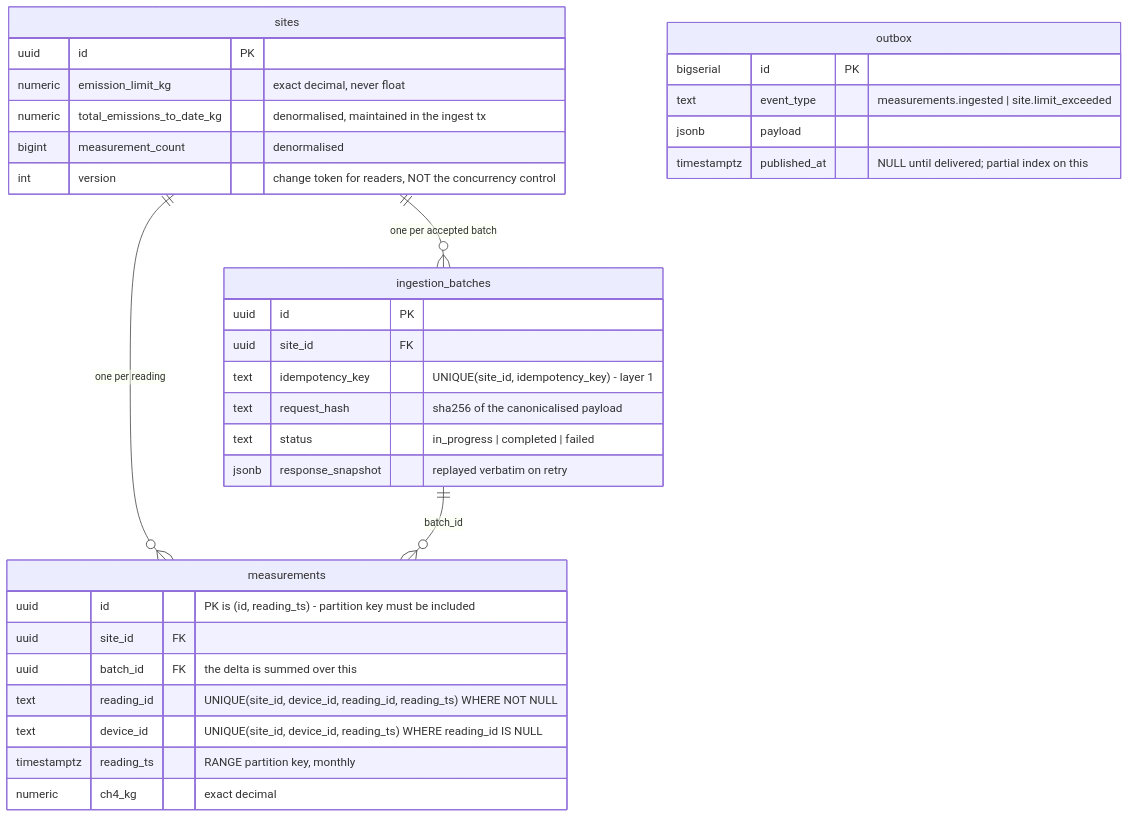
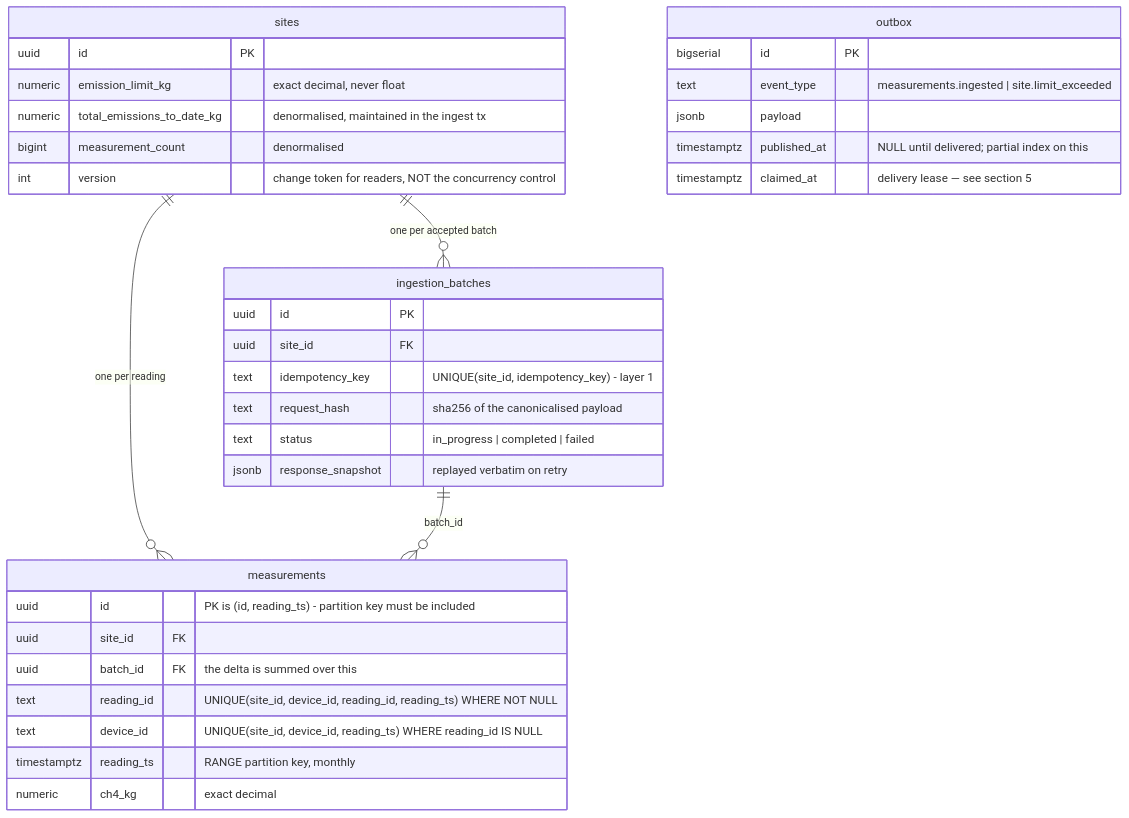
Before and after one commit to luigiv12/hw-project: the first of 3 diagrams in ARCHITECTURE.md, drawn with Mermaid. The commit also changed other lines of this file, not shown here.

First line of the commit message:
Add step 3a-bis to the transaction flowchart (#29)

````diff
--- a/ARCHITECTURE.md
+++ b/ARCHITECTURE.md
@@ -40,40 +40,41 @@
 ```mermaid
 erDiagram
     sites ||--o{ ingestion_batches : "one per accepted batch"
     sites ||--o{ measurements : "one per reading"
     ingestion_batches ||--o{ measurements : "batch_id"
 
     sites {
         uuid id PK
         numeric emission_limit_kg "exact decimal, never float"
         numeric total_emissions_to_date_kg "denormalised, maintained in the ingest tx"
         bigint measurement_count "denormalised"
         int version "change token for readers, NOT the concurrency control"
     }
 
     ingestion_batches {
         uuid id PK
         uuid site_id FK
         text idempotency_key "UNIQUE(site_id, idempotency_key) - layer 1"
         text request_hash "sha256 of the canonicalised payload"
         text status "in_progress | completed | failed"
         jsonb response_snapshot "replayed verbatim on retry"
     }
 
     measurements {
         uuid id "PK is (id, reading_ts) - partition key must be included"
         uuid site_id FK
         uuid batch_id FK "the delta is summed over this"
         text reading_id "UNIQUE(site_id, device_id, reading_id, reading_ts) WHERE NOT NULL"
         text device_id "UNIQUE(site_id, device_id, reading_ts) WHERE reading_id IS NULL"
         timestamptz reading_ts "RANGE partition key, monthly"
         numeric ch4_kg "exact decimal"
     }
 
     outbox {
         bigserial id PK
         text event_type "measurements.ingested | site.limit_exceeded"
         jsonb payload
         timestamptz published_at "NULL until delivered; partial index on this"
+        timestamptz claimed_at "delivery lease — see section 5"
     }
 ```
````
